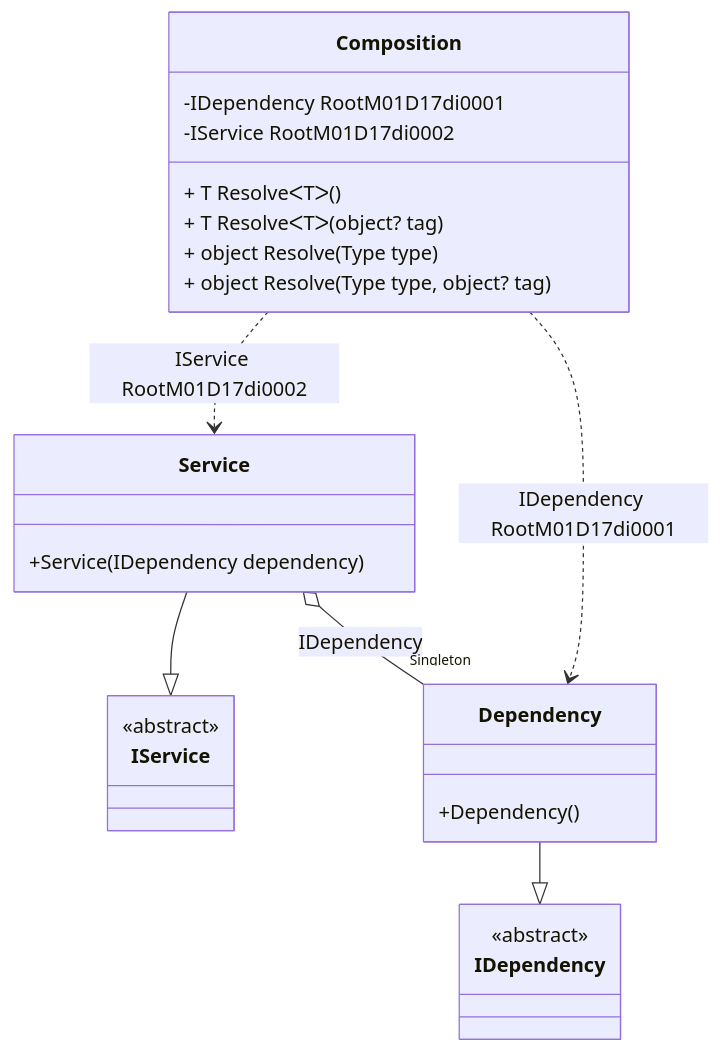
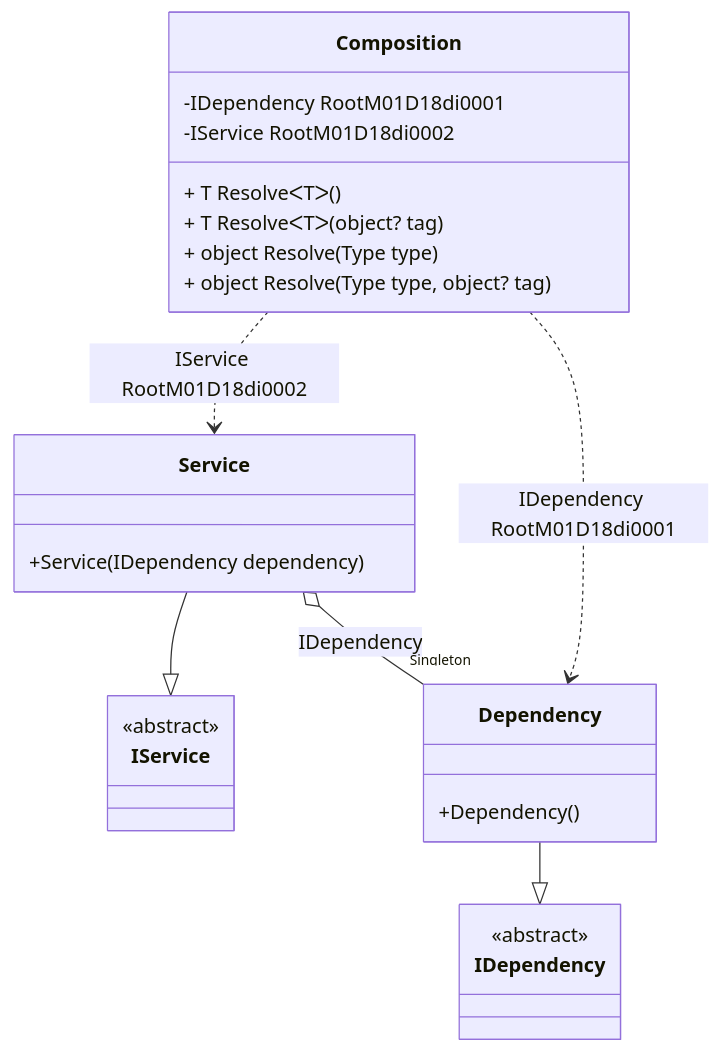
The diagram in readme/service-collection.md (DevTeam/Pure.DI), drawn with Mermaid before and after one commit. The commit also changed other lines of this file and 84 other files, not shown here.

````diff
--- a/readme/service-collection.md
+++ b/readme/service-collection.md
@@ -47,28 +47,28 @@
 ```mermaid
 classDiagram
   class Composition {
-    -IDependency RootM01D17di0001
-    -IService RootM01D17di0002
+    -IDependency RootM01D18di0001
+    -IService RootM01D18di0002
     + T ResolveᐸTᐳ()
     + T ResolveᐸTᐳ(object? tag)
     + object Resolve(Type type)
     + object Resolve(Type type, object? tag)
   }
   Service --|> IService : 
   class Service {
     +Service(IDependency dependency)
   }
   Dependency --|> IDependency : 
   class Dependency {
     +Dependency()
   }
   class IService {
     <<abstract>>
   }
   class IDependency {
     <<abstract>>
   }
   Service o--  "Singleton" Dependency : IDependency
-  Composition ..> Dependency : IDependency RootM01D17di0001
-  Composition ..> Service : IService RootM01D17di0002
+  Composition ..> Dependency : IDependency RootM01D18di0001
+  Composition ..> Service : IService RootM01D18di0002
 ```
````
